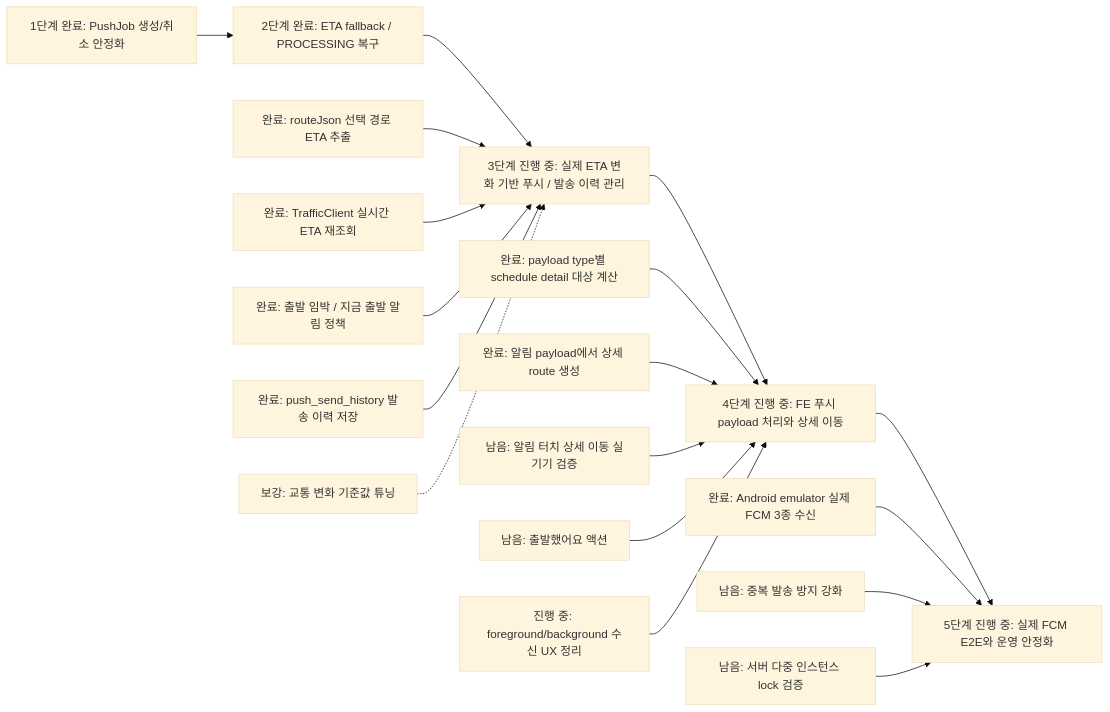
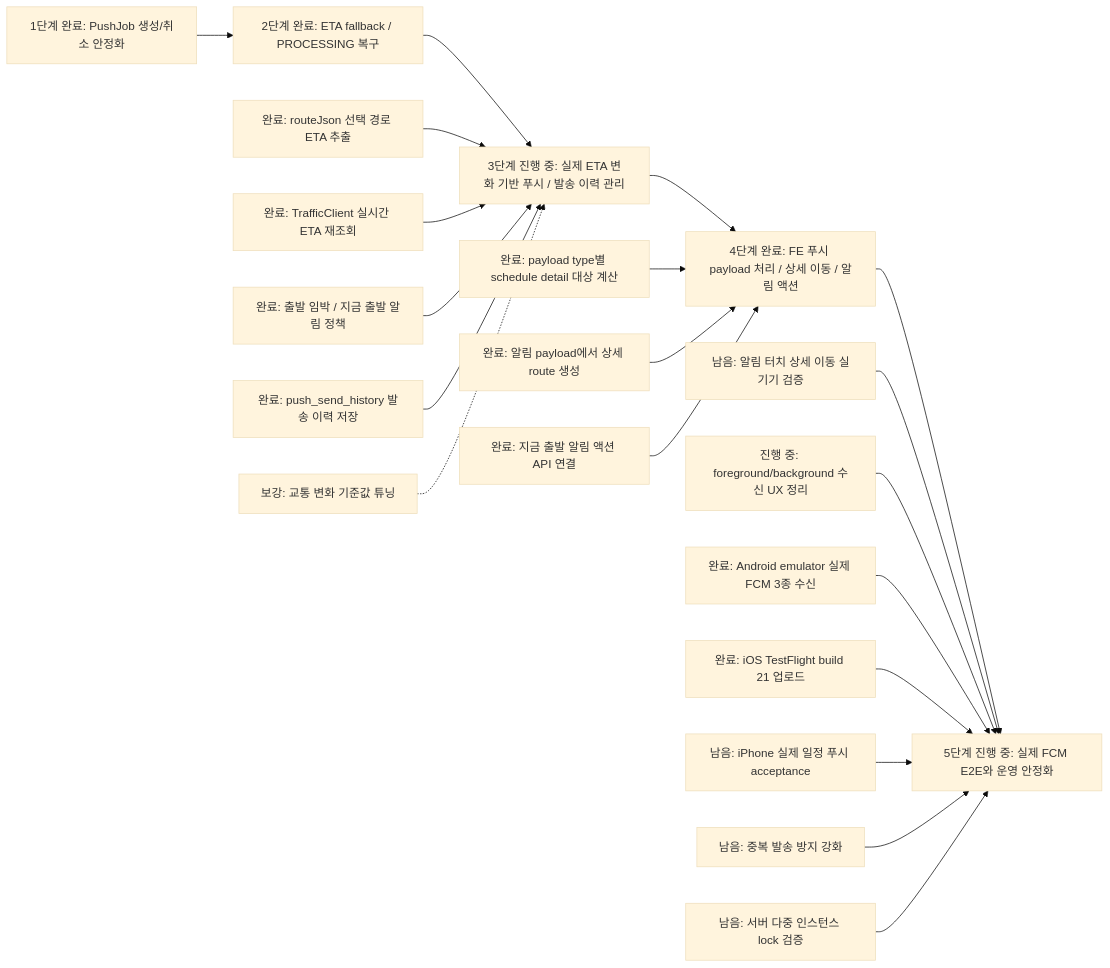
One commit to NoLate-Project/NoLate_BE changed the fifth of 5 diagrams in docs/schedule-push-codex-handoff.md. Above: the diagram before and after it, drawn with Mermaid (base theme). The commit also changed other lines of this file and 13 other files, not shown here.

````diff
--- a/docs/schedule-push-codex-handoff.md
+++ b/docs/schedule-push-codex-handoff.md
@@ -278,23 +294,25 @@
 ```mermaid
 flowchart LR
   A["1단계 완료: PushJob 생성/취소 안정화"] --> B["2단계 완료: ETA fallback / PROCESSING 복구"]
   B --> C["3단계 진행 중: 실제 ETA 변화 기반 푸시 / 발송 이력 관리"]
-  C --> D["4단계 진행 중: FE 푸시 payload 처리와 상세 이동"]
+  C --> D["4단계 완료: FE 푸시 payload 처리 / 상세 이동 / 알림 액션"]
   D --> E["5단계 진행 중: 실제 FCM E2E와 운영 안정화"]
 
   C1["완료: routeJson 선택 경로 ETA 추출"] --> C
   C2["완료: TrafficClient 실시간 ETA 재조회"] --> C
   C3["완료: 출발 임박 / 지금 출발 알림 정책"] --> C
   C5["완료: push_send_history 발송 이력 저장"] --> C
   C4["보강: 교통 변화 기준값 튜닝"] -.-> C
 
   D1["완료: payload type별 schedule detail 대상 계산"] --> D
   D5["완료: 알림 payload에서 상세 route 생성"] --> D
-  D2["남음: 알림 터치 상세 이동 실기기 검증"] --> D
-  D3["남음: 출발했어요 액션"] --> D
-  D4["진행 중: foreground/background 수신 UX 정리"] --> D
+  D2["완료: 지금 출발 알림 액션 API 연결"] --> D
+  D3["남음: 알림 터치 상세 이동 실기기 검증"] --> E
+  D4["진행 중: foreground/background 수신 UX 정리"] --> E
 
   E1["완료: Android emulator 실제 FCM 3종 수신"] --> E
-  E2["남음: 중복 발송 방지 강화"] --> E
-  E3["남음: 서버 다중 인스턴스 lock 검증"] --> E
+  E2["완료: iOS TestFlight build 21 업로드"] --> E
+  E3["남음: iPhone 실제 일정 푸시 acceptance"] --> E
+  E4["남음: 중복 발송 방지 강화"] --> E
+  E5["남음: 서버 다중 인스턴스 lock 검증"] --> E
 ```
````
